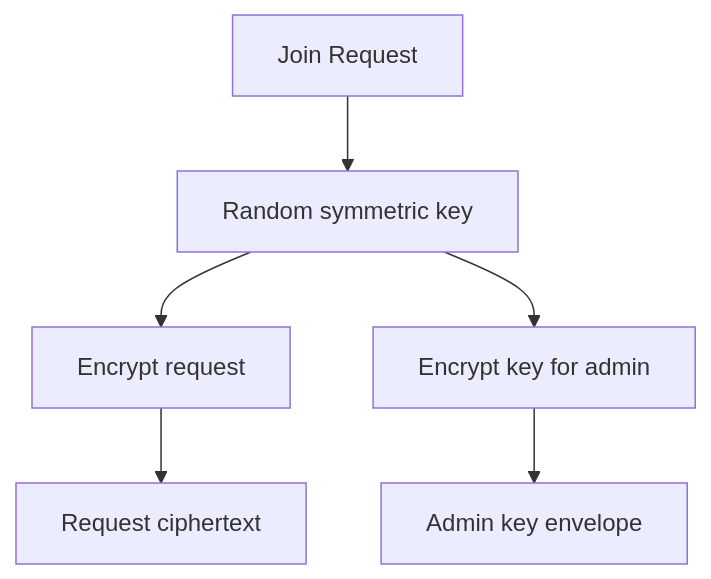
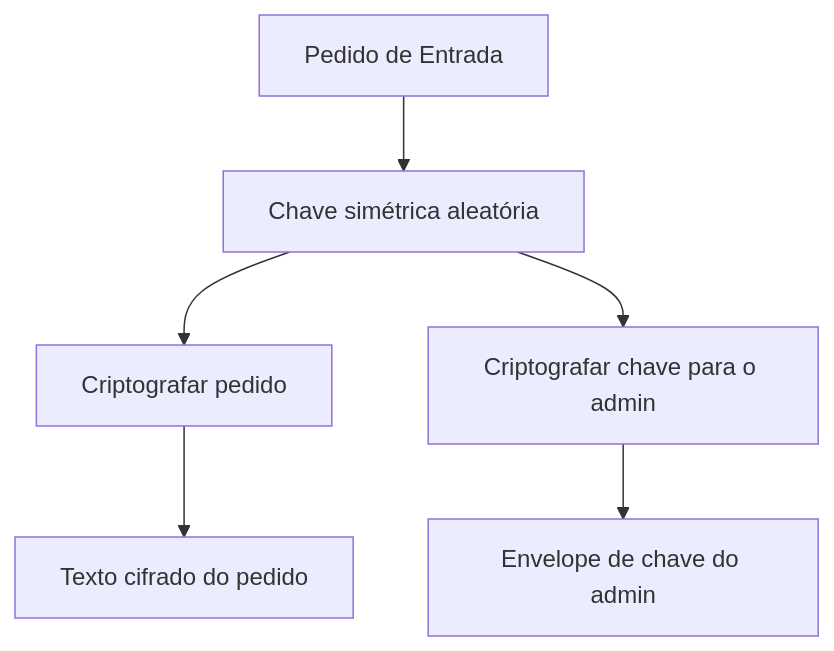
One commit to hugobessa/vamo-virar changed the seventh of 21 diagrams in docs/architecture.md. Above: the diagram before and after it, drawn with Mermaid. The commit also changed other lines of this file and 30 other files, not shown here.

````diff
--- a/docs/architecture.md
+++ b/docs/architecture.md
@@ -276,8 +276,8 @@
 ```mermaid
 flowchart TD
-    JR[Join Request] --> K[Random symmetric key]
-    K --> ER[Encrypt request]
-    K --> EK[Encrypt key for admin]
-    ER --> C[Request ciphertext]
-    EK --> E[Admin key envelope]
+    JR[Pedido de Entrada] --> K[Chave simétrica aleatória]
+    K --> ER[Criptografar pedido]
+    K --> EK[Criptografar chave para o admin]
+    ER --> C[Texto cifrado do pedido]
+    EK --> E[Envelope de chave do admin]
 ```
````
